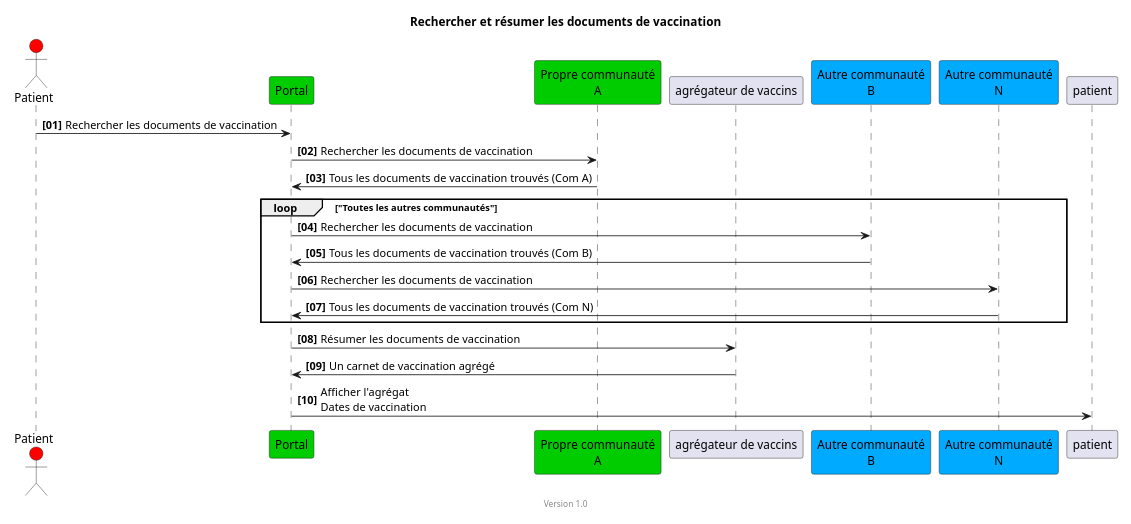
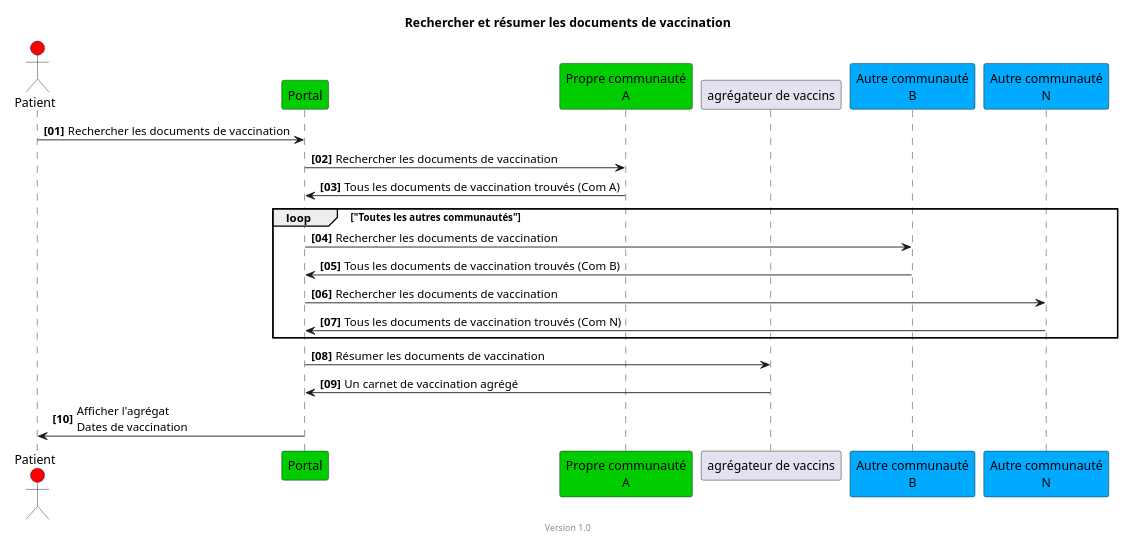
One commit to hl7ch/ch-vacd changed the diagram in input/images-source/epd-find-all-vaccination-docs-simple-patient-fr.plantuml. Above: the diagram before and after it, drawn with PlantUML. The commit also changed 12 other files, not shown here.

```diff
--- a/input/images-source/epd-find-all-vaccination-docs-simple-patient-fr.plantuml
+++ b/input/images-source/epd-find-all-vaccination-docs-simple-patient-fr.plantuml
@@ -1,31 +1,31 @@
 @startuml
 title Rechercher et résumer les documents de vaccination
 footer Version 1.0
 skinparam responseMessageBelowArrow true
 scale max 800 width
 
 actor Patient #red
 participant "Portal" #00CC00
 participant "Propre communauté\nA" #00CC00
 
 participant "agrégateur de vaccins"
 participant "Autre communauté\nB" #00aaff
 participant "Autre communauté\nN" #00aaff
 
 
 autonumber "<b>[00]"
 Patient -> "Portal": Rechercher les documents de vaccination
 "Portal" -> "Propre communauté\nA": Rechercher les documents de vaccination
 "Propre communauté\nA" -> "Portal": Tous les documents de vaccination trouvés (Com A)
 loop "Toutes les autres communautés"
 "Portal" -> "Autre communauté\nB": Rechercher les documents de vaccination
 "Autre communauté\nB" -> "Portal": Tous les documents de vaccination trouvés (Com B)
 
 "Portal" -> "Autre communauté\nN": Rechercher les documents de vaccination
 "Autre communauté\nN" -> "Portal": Tous les documents de vaccination trouvés (Com N)
 end
 "Portal" -> "agrégateur de vaccins": Résumer les documents de vaccination
 "agrégateur de vaccins" ->  "Portal": Un carnet de vaccination agrégé
-"Portal" -> patient: Afficher l'agrégat\nDates de vaccination
+"Portal" -> Patient: Afficher l'agrégat\nDates de vaccination
 
 @enduml
```
